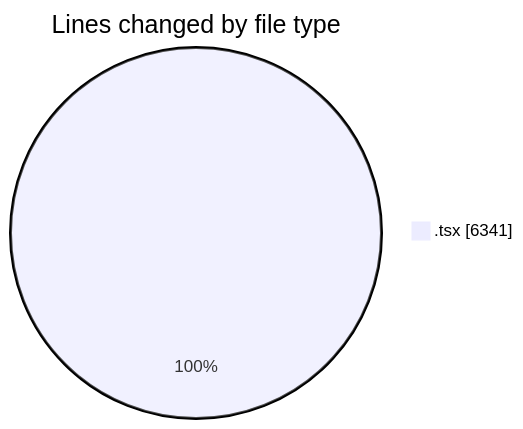
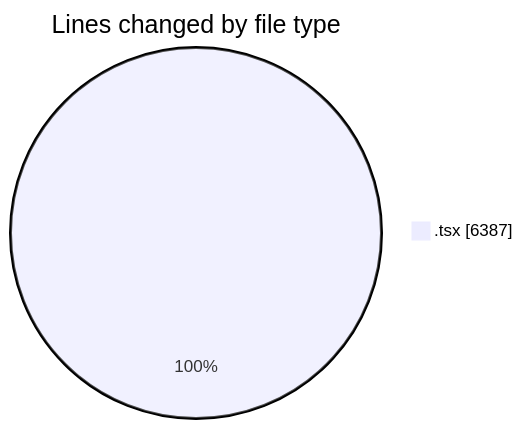
The first of 2 diagrams in 2026-04-01/nxtqube_webapp/README.md (nxtqubesakshisongat/code-tracking), drawn with Mermaid before and after one commit. The commit also changed other lines of this file and 1 other file, not shown here.

````diff
--- a/2026-04-01/nxtqube_webapp/README.md
+++ b/2026-04-01/nxtqube_webapp/README.md
@@ -24,5 +24,5 @@
 ```mermaid
 pie showData
 title Lines changed by file type
-".tsx" : 6341
+".tsx" : 6387
 ```
````
